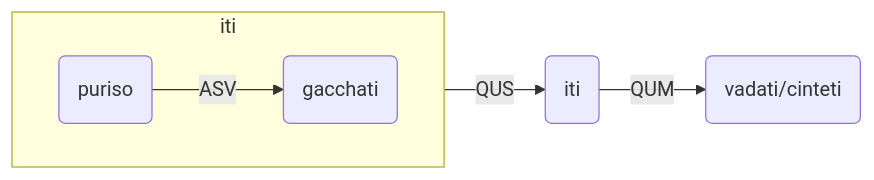
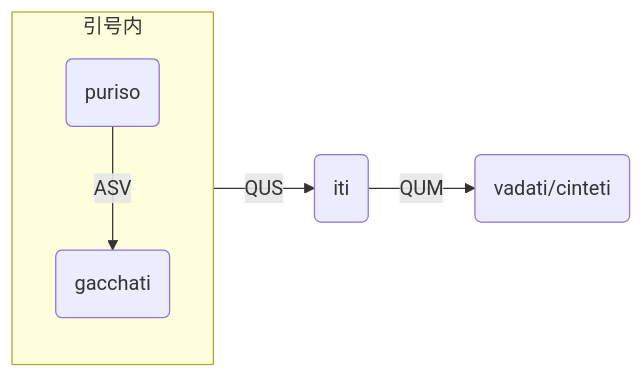
The first of 6 diagrams in src/basic-relation/other/iti.md (iapt-platform/pali-handbook), drawn with Mermaid before and after one commit. The commit also changed other lines of this file and 3 other files, not shown here.

Commit message:
修复mermaid

```diff
--- a/src/basic-relation/other/iti.md
+++ b/src/basic-relation/other/iti.md
@@ -29,13 +29,12 @@
 <div class="mermaid">
 flowchart LR
 A("puriso")
 B("gacchati")
 C("iti")
 D("vadati/cinteti")
-subgraph iti
+subgraph 引号内
 A--"ASV"-->B
-direction LR
 end
-iti--"QUS"-->C
+引号内--"QUS"-->C
 C--"QUM"-->D
 </div>
```
